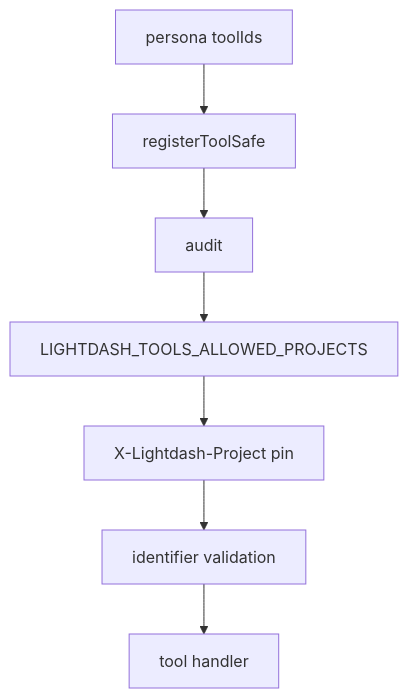
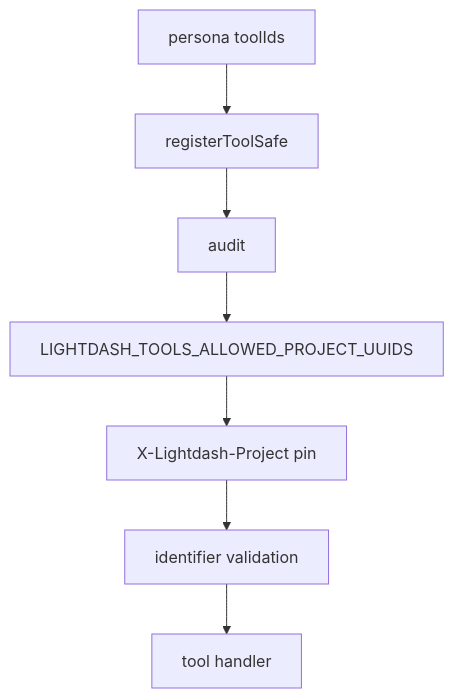
Before and after one commit to yu-iskw/lightdash-tools: the diagram in docs/adr/0008-mcp-request-scope-and-hardening.md, drawn with Mermaid. The commit also changed other lines of this file and 30 other files, not shown here.

First line of the commit message:
feat(common): rename allowlist env to ALLOWED_PROJECT_UUIDS

````diff
--- a/docs/adr/0008-mcp-request-scope-and-hardening.md
+++ b/docs/adr/0008-mcp-request-scope-and-hardening.md
@@ -39,9 +39,9 @@
 ```mermaid
 flowchart TD
   persona[persona toolIds] --> reg[registerToolSafe]
   reg --> audit[audit]
-  audit --> allowlist[LIGHTDASH_TOOLS_ALLOWED_PROJECTS]
+  audit --> allowlist[LIGHTDASH_TOOLS_ALLOWED_PROJECT_UUIDS]
   allowlist --> pin[X-Lightdash-Project pin]
   pin --> validate[identifier validation]
   validate --> handler[tool handler]
 ```
````
